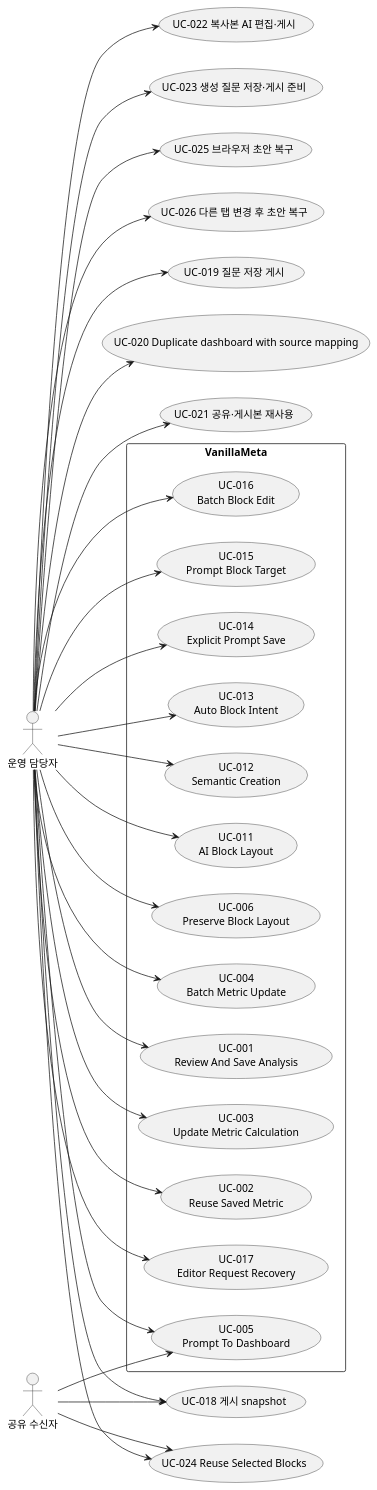
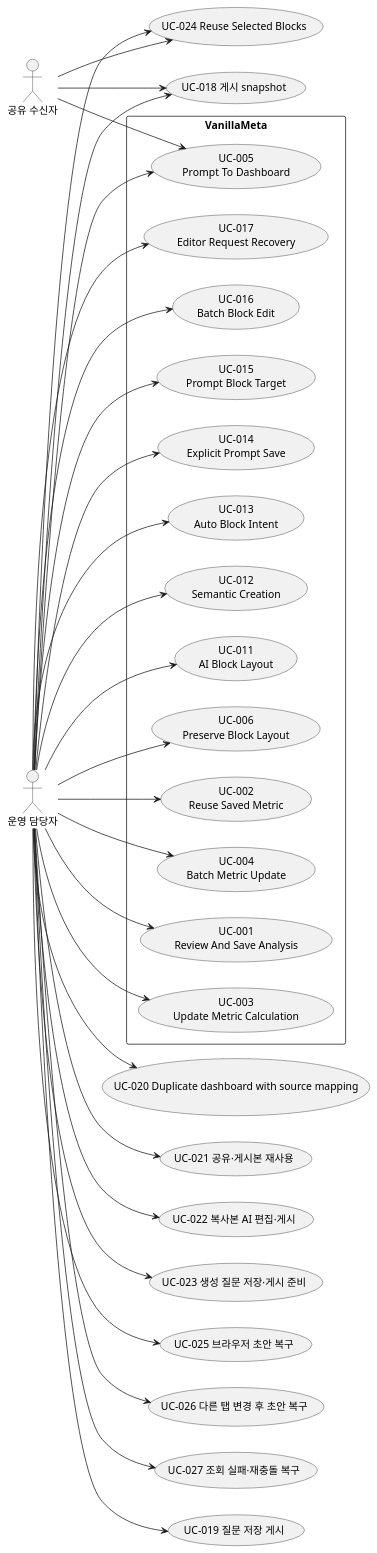
The diagram in docs/use_cases.puml (vanillabrain/vanillameta), drawn with PlantUML before and after one commit. The commit also changed 11 other files, not shown here.

Commit message:
fix: guide repeated editor conflict recovery and verify retry flow

```diff
--- a/docs/use_cases.puml
+++ b/docs/use_cases.puml
@@ -1,54 +1,56 @@
 @startuml
 left to right direction
 actor "운영 담당자" as operator
 rectangle "VanillaMeta" {
  usecase "UC-017\nEditor Request Recovery" as UC017
  usecase "UC-016\nBatch Block Edit" as UC016
  usecase "UC-015\nPrompt Block Target" as UC015
  usecase "UC-014\nExplicit Prompt Save" as UC014
  usecase "UC-013\nAuto Block Intent" as UC013
  usecase "UC-012\nSemantic Creation" as UC012
  usecase "UC-011\nAI Block Layout" as UC011
  usecase "UC-006\nPreserve Block Layout" as UC006
  usecase "UC-005\nPrompt To Dashboard" as UC005
  usecase "UC-004\nBatch Metric Update" as UC004
  usecase "UC-001\nReview And Save Analysis" as UC001
  usecase "UC-003\nUpdate Metric Calculation" as UC003
  usecase "UC-002\nReuse Saved Metric" as UC002
 }
 operator --> UC015
 operator --> UC014
 operator --> UC013
 operator --> UC012
 operator --> UC011
 operator --> UC006
 operator --> UC005
 actor "공유 수신자" as recipient
 recipient --> UC005
 operator --> UC004
 operator --> UC003
 operator --> UC002
 operator --> UC001
 operator --> UC016
 operator --> UC017
 usecase "UC-018 게시 snapshot" as UC018
 operator --> UC018
 recipient --> UC018
 usecase "UC-019 질문 저장 게시" as UC019
 operator --> UC019
 usecase "UC-020 Duplicate dashboard with source mapping" as UC020
 operator --> UC020
 usecase "UC-021 공유·게시본 재사용" as UC021
 operator --> UC021
 usecase "UC-022 복사본 AI 편집·게시" as UC022
 operator --> UC022
 usecase "UC-023 생성 질문 저장·게시 준비" as UC023
 operator --> UC023
 usecase "UC-024 Reuse Selected Blocks" as UC024
 operator --> UC024
 recipient --> UC024
 usecase "UC-025 브라우저 초안 복구" as UC025
 operator --> UC025
 usecase "UC-026 다른 탭 변경 후 초안 복구" as UC026
 operator --> UC026
+usecase "UC-027 조회 실패·재충돌 복구" as UC027
+operator --> UC027
 @enduml
```
